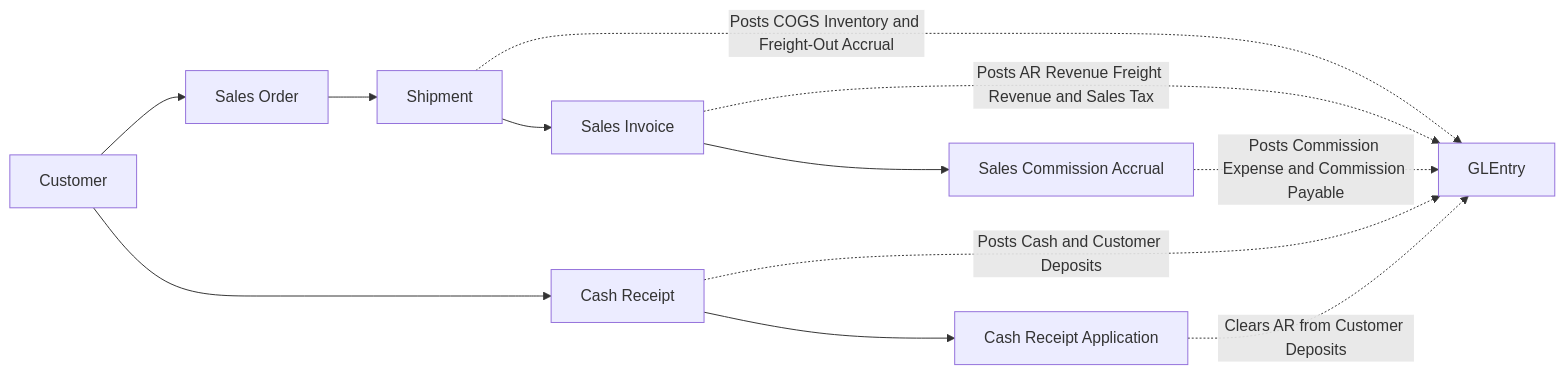
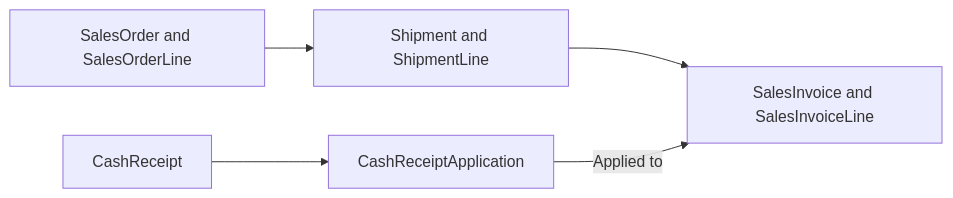
The first of 8 diagrams in docs/processes/o2c.md (mmcodesso/CharlesRiver_Database), drawn with Mermaid before and after one commit. The commit also changed other lines of this file and 191 other files, not shown here.

````diff
--- a/docs/processes/o2c.md
+++ b/docs/processes/o2c.md
@@ -74,20 +82,7 @@
 ```mermaid
 flowchart LR
-    C[Customer]
-    SO[Sales Order]
-    SH[Shipment]
-    SI[Sales Invoice]
-    SC[Sales Commission Accrual]
-    CR[Cash Receipt]
-    CRA[Cash Receipt Application]
-    GL[GLEntry]
-
-    C --> SO --> SH --> SI
-    SI --> SC
-    C --> CR --> CRA
-    SH -. Posts COGS Inventory and Freight-Out Accrual .-> GL
-    SI -. Posts AR Revenue Freight Revenue and Sales Tax .-> GL
-    SC -. Posts Commission Expense and Commission Payable .-> GL
-    CR -. Posts Cash and Customer Deposits .-> GL
-    CRA -. Clears AR from Customer Deposits .-> GL
+    SO[SalesOrder and SalesOrderLine] --> SH[Shipment and ShipmentLine]
+    SH --> SI[SalesInvoice and SalesInvoiceLine]
+    CR[CashReceipt] --> APP[CashReceiptApplication]
+    APP -->|Applied to| SI
 ```
````
